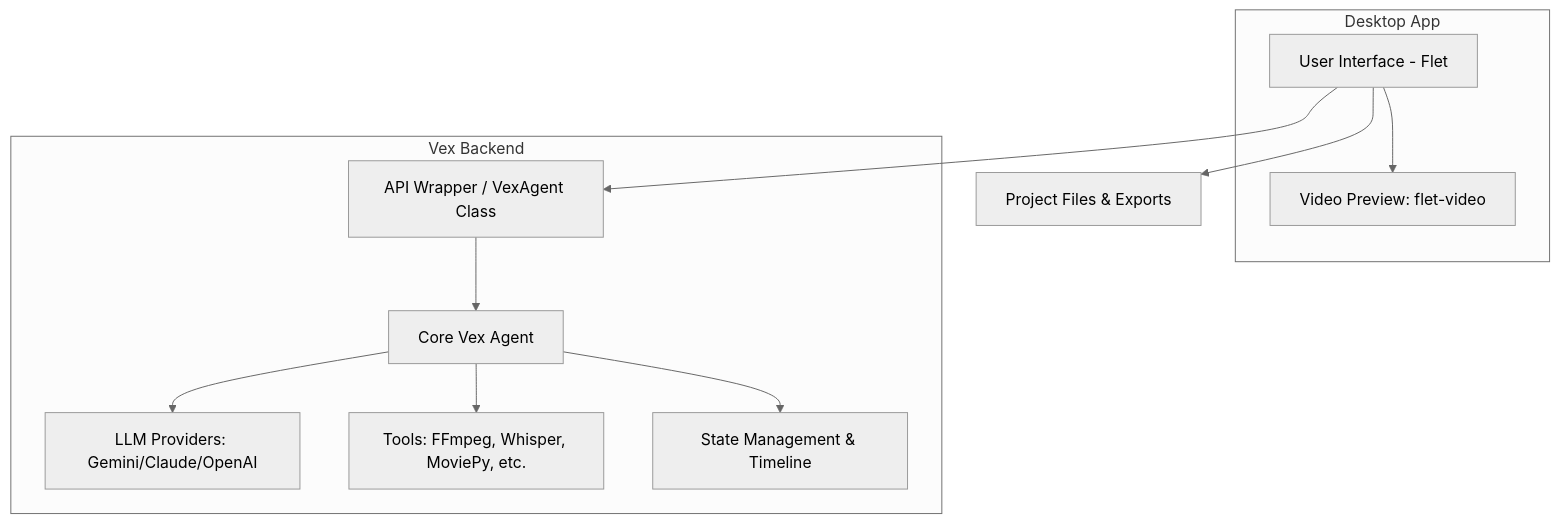
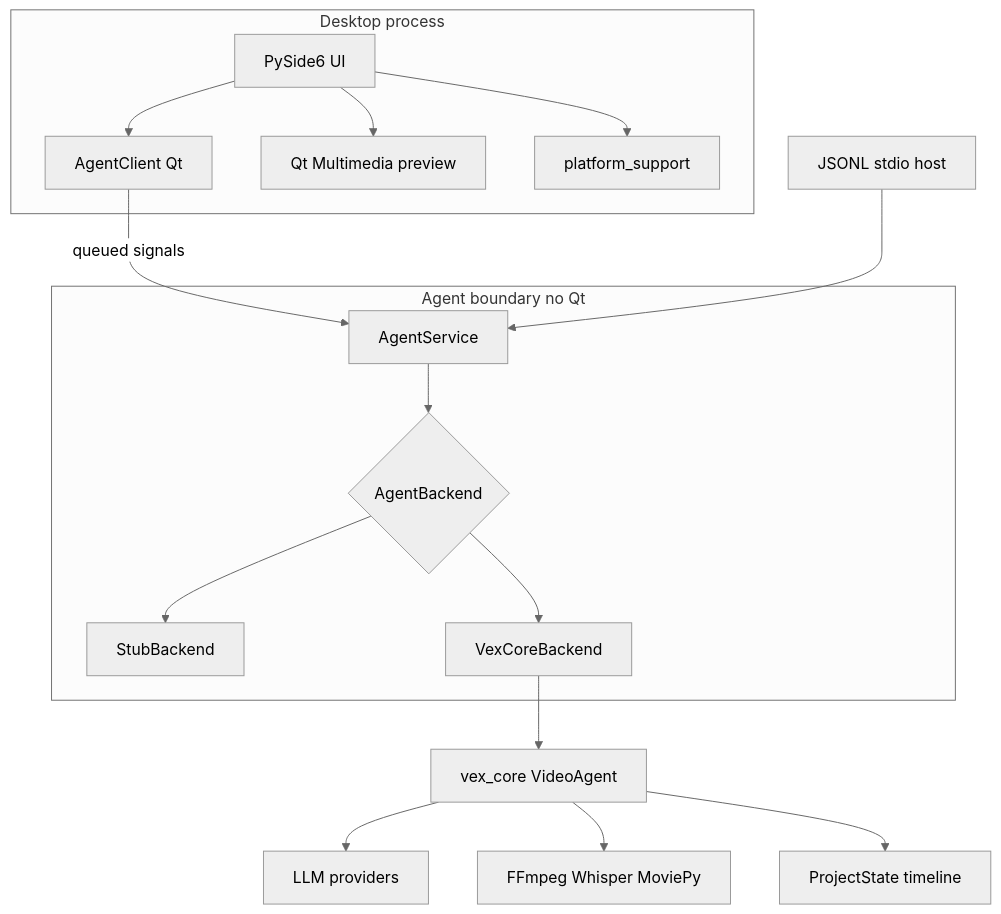
One commit to andrewmp1/Vex-Desktop-Video-Editor changed the diagram in docs/ARCHITECTURE.md. Above: the diagram before and after it, drawn with Mermaid (neutral theme). The commit also changed other lines of this file and 57 other files, not shown here.

First line of the commit message:
PySide6 desktop editor: protocol, export, packaging, user guide (#1)

````diff
--- a/docs/ARCHITECTURE.md
+++ b/docs/ARCHITECTURE.md
@@ -5,23 +5,29 @@
 ```mermaid
 graph TD
-    A[User Interface - Flet] --> B[API Wrapper / VexAgent Class]
-    B --> C[Core Vex Agent]
-    C --> D[LLM Providers: Gemini/Claude/OpenAI]
-    C --> E[Tools: FFmpeg, Whisper, MoviePy, etc.]
-    C --> F[State Management & Timeline]
-    A --> G[Video Preview: flet-video]
-    A --> H[Project Files & Exports]
-    
-    subgraph Desktop App
-        A
-        G
+    UI[PySide6 UI] --> Client[AgentClient Qt]
+    Client -->|queued signals| Service[AgentService]
+    Stdio[JSONL stdio host] --> Service
+    Service --> Backend{AgentBackend}
+    Backend --> Stub[StubBackend]
+    Backend --> Core[VexCoreBackend]
+    Core --> Vex[vex_core VideoAgent]
+    Vex --> LLM[LLM providers]
+    Vex --> Tools[FFmpeg Whisper MoviePy]
+    Vex --> State[ProjectState timeline]
+    UI --> Preview[Qt Multimedia preview]
+    UI --> Platform[platform_support]
+
+    subgraph Desktop process
+        UI
+        Preview
+        Client
+        Platform
     end
-    
-    subgraph Vex Backend
-        B
-        C
-        D
-        E
-        F
+
+    subgraph Agent boundary no Qt
+        Service
+        Backend
+        Stub
+        Core
     end
 ```
````
